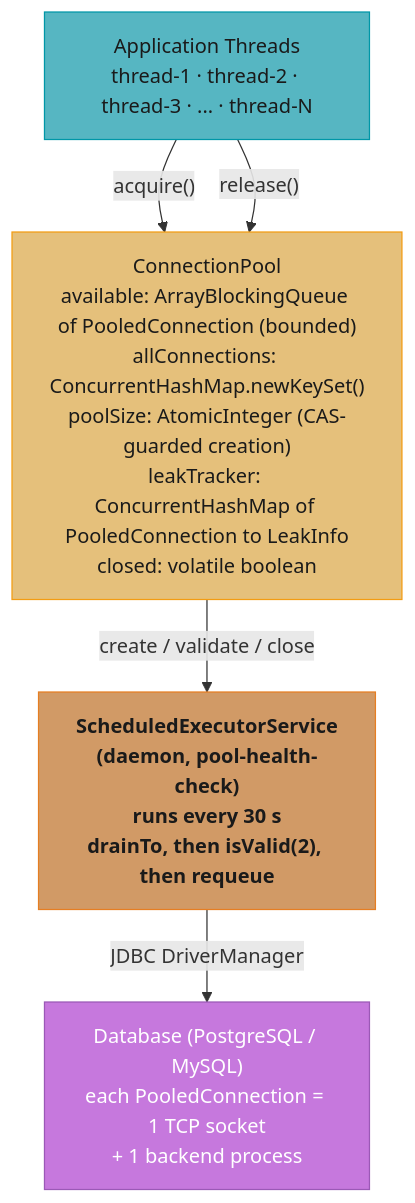
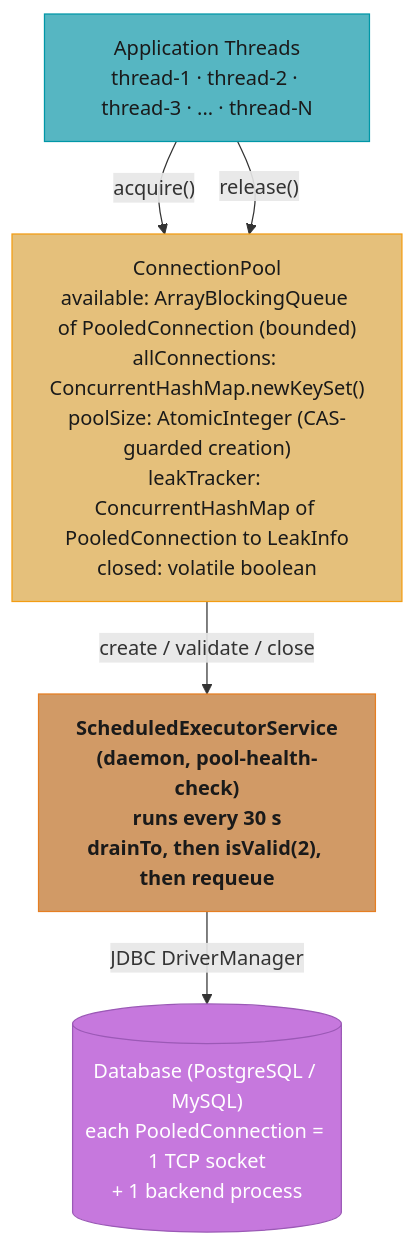
Before and after one commit to rppol/system-design: the diagram in src/main/java/com/rutik/systemdesign/java/case_studies/design_connection_pool.md, drawn with Mermaid.

Commit message:
chore(diagrams): product logos + ascii sweep in case_studies/design_connection_pool.md

````diff
--- a/src/main/java/com/rutik/systemdesign/java/case_studies/design_connection_pool.md
+++ b/src/main/java/com/rutik/systemdesign/java/case_studies/design_connection_pool.md
@@ -98,25 +98,25 @@
 ```mermaid
 flowchart TD
     classDef io      fill:#61afef,stroke:#2e86c1,color:#1a1a1a,font-weight:bold
     classDef frozen  fill:#c678dd,stroke:#9b59b6,color:#fff
     classDef train   fill:#98c379,stroke:#27ae60,color:#1a1a1a
     classDef mathOp  fill:#d19a66,stroke:#e67e22,color:#1a1a1a,font-weight:bold
     classDef lossN   fill:#e06c75,stroke:#c0392b,color:#fff,font-weight:bold
     classDef req     fill:#56b6c2,stroke:#0097a7,color:#1a1a1a
     classDef base    fill:#e5c07b,stroke:#f39c12,color:#1a1a1a
 
     AT["Application Threads\nthread-1 · thread-2 · thread-3 · ... · thread-N"]
     CP["ConnectionPool\navailable: ArrayBlockingQueue of PooledConnection (bounded)\nallConnections: ConcurrentHashMap.newKeySet()\npoolSize: AtomicInteger (CAS-guarded creation)\nleakTracker: ConcurrentHashMap of PooledConnection to LeakInfo\nclosed: volatile boolean"]
     SES["ScheduledExecutorService\n(daemon, pool-health-check)\nruns every 30 s\ndrainTo, then isValid(2), then requeue"]
-    DB["Database (PostgreSQL / MySQL)\neach PooledConnection = 1 TCP socket\n+ 1 backend process"]
+    DB[("Database (PostgreSQL / MySQL)\neach PooledConnection = 1 TCP socket\n+ 1 backend process")]
 
     AT -->|"acquire()"| CP
     AT -->|"release()"| CP
     CP -->|"create / validate / close"| SES
     SES -->|"JDBC DriverManager"| DB
 
     class AT req
     class CP base
     class SES mathOp
     class DB frozen
 ```
````
